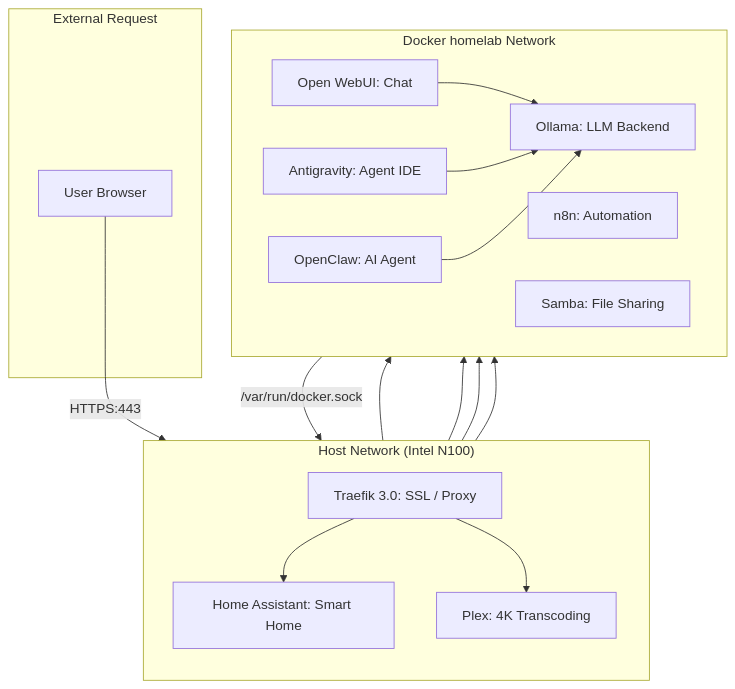
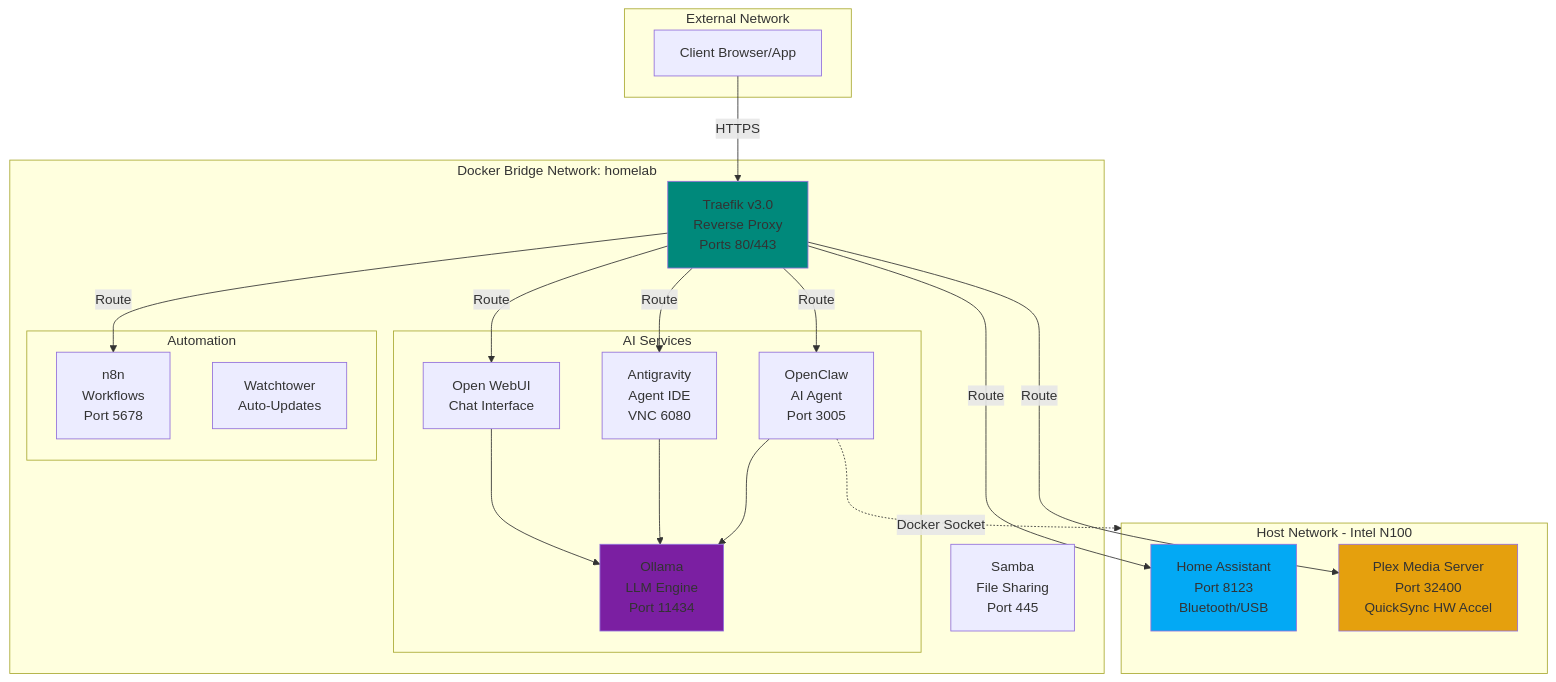
One commit to oweibor/homelab changed the diagram in README.md. Above: the diagram before and after it, drawn with Mermaid. The commit also changed other lines of this file, not shown here.

Commit message:
docs: finalize README with user refinements and badge fixes

````diff
--- a/README.md
+++ b/README.md
@@ -16,36 +161,47 @@
 ```mermaid
-graph TD
-    subgraph WAN [External Request]
-        User[User Browser]
+graph TB
+    subgraph Internet[External Network]
+        User[Client Browser/App]
     end
 
-    subgraph Host ["Host Network (Intel N100)"]
-        direction TB
-        Traefik[Traefik 3.0: SSL / Proxy]
-        HA[Home Assistant: Smart Home]
-        Plex[Plex: 4K Transcoding]
+    subgraph HostNet[Host Network - Intel N100]
+        HA[Home Assistant<br/>Port 8123<br/>Bluetooth/USB]
+        Plex[Plex Media Server<br/>Port 32400<br/>QuickSync HW Accel]
     end
 
-    subgraph Bridge ["Docker homelab Network"]
-        direction LR
-        Ollama[Ollama: LLM Backend]
-        WebUI[Open WebUI: Chat]
-        Antigravity[Antigravity: Agent IDE]
-        OpenClaw[OpenClaw: AI Agent]
-        n8n[n8n: Automation]
-        Samba[Samba: File Sharing]
+    subgraph DockerBridge[Docker Bridge Network: homelab]
+        Traefik[Traefik v3.0<br/>Reverse Proxy<br/>Ports 80/443]
+        
+        subgraph AIStack[AI Services]
+            Ollama[Ollama<br/>LLM Engine<br/>Port 11434]
+            WebUI[Open WebUI<br/>Chat Interface]
+            Antigravity[Antigravity<br/>Agent IDE<br/>VNC 6080]
+            OpenClaw[OpenClaw<br/>AI Agent<br/>Port 3005]
+        end
+        
+        subgraph AutoStack[Automation]
+            n8n[n8n<br/>Workflows<br/>Port 5678]
+            Watchtower[Watchtower<br/>Auto-Updates]
+        end
+        
+        Samba[Samba<br/>File Sharing<br/>Port 445]
     end
 
-    User -- HTTPS:443 --> Traefik
-    Traefik --> WebUI
-    Traefik --> HA
-    Traefik --> Plex
-    Traefik --> n8n
-    Traefik --> Antigravity
-    Traefik --> OpenClaw
+    User -->|HTTPS| Traefik
+    Traefik -->|Route| WebUI
+    Traefik -->|Route| HA
+    Traefik -->|Route| Plex
+    Traefik -->|Route| n8n
+    Traefik -->|Route| Antigravity
+    Traefik -->|Route| OpenClaw
 
     WebUI --> Ollama
     Antigravity --> Ollama
     OpenClaw --> Ollama
-    OpenClaw -- /var/run/docker.sock --> Host
+    OpenClaw -.->|Docker Socket| HostNet
+
+    style Traefik fill:#00897B
+    style Ollama fill:#7B1FA2
+    style HA fill:#03A9F4
+    style Plex fill:#E5A00D
 ```
````
